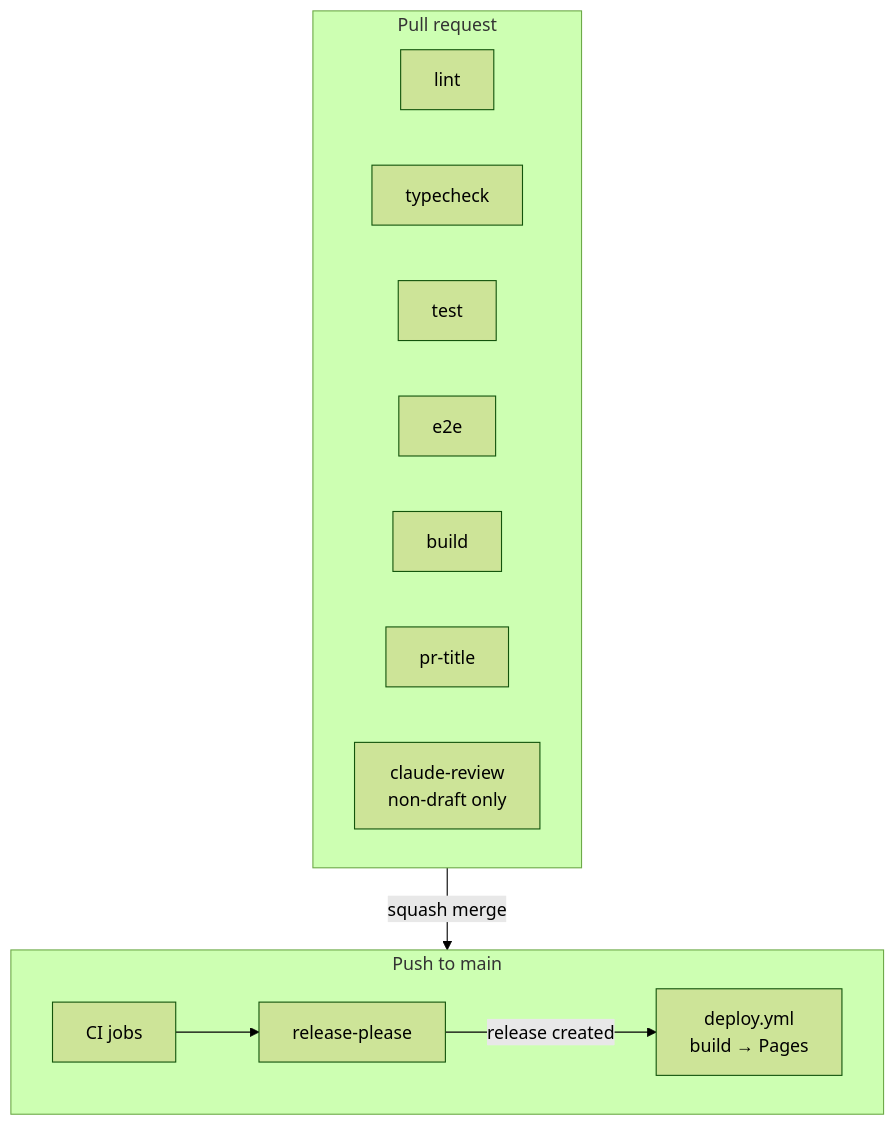
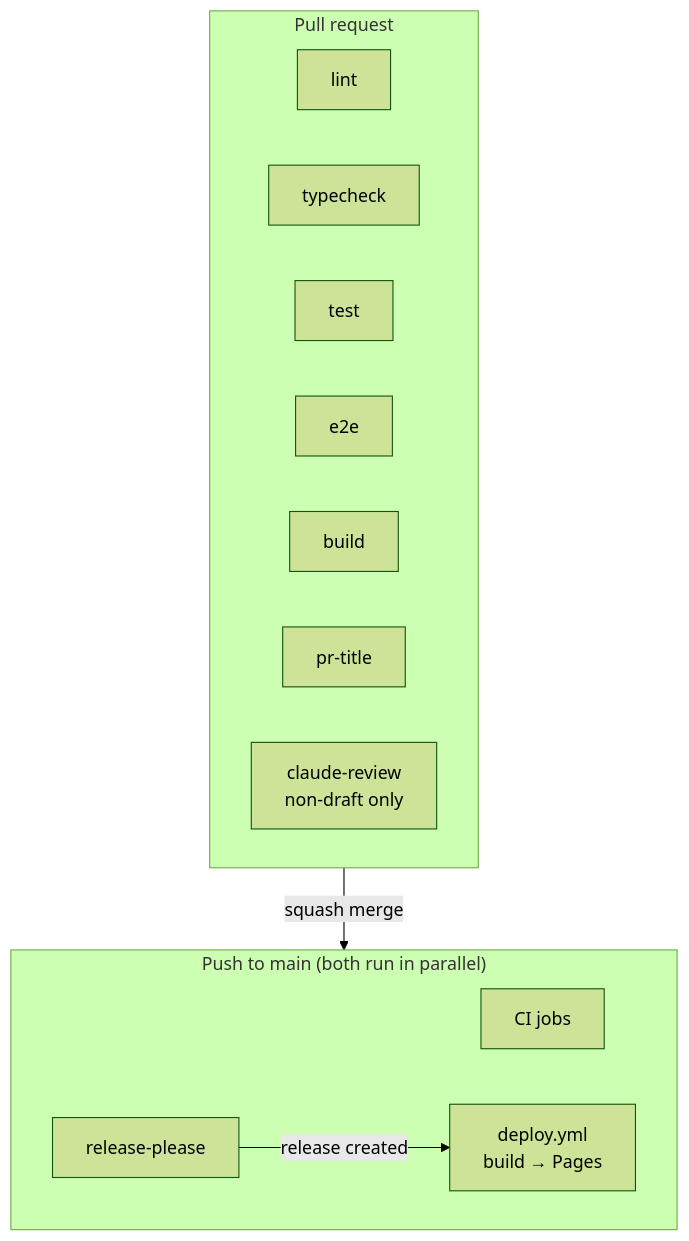
One commit to moudlajs/covertwo changed the third of 3 diagrams in README.md. Above: the diagram before and after it, drawn with Mermaid (forest theme). The commit also changed 1 other file, not shown here.

Commit message:
docs: show CI and release-please as parallel, drop out-of-scope CLAUDE.md rule

````diff
--- a/README.md
+++ b/README.md
@@ -60,15 +60,15 @@
 ```mermaid
 flowchart TB
   subgraph PR["Pull request"]
     direction LR
     lint & typecheck & test & e2e & build
     title[pr-title]
     claude[claude-review<br/>non-draft only]
   end
-  subgraph Main["Push to main"]
+  subgraph Main["Push to main (both run in parallel)"]
     direction LR
-    ci2[CI jobs] --> rp[release-please]
-    rp -- release created --> deploy[deploy.yml<br/>build → Pages]
+    ci2[CI jobs]
+    rp[release-please] -- release created --> deploy[deploy.yml<br/>build → Pages]
   end
   PR -- squash merge --> Main
 ```
````
